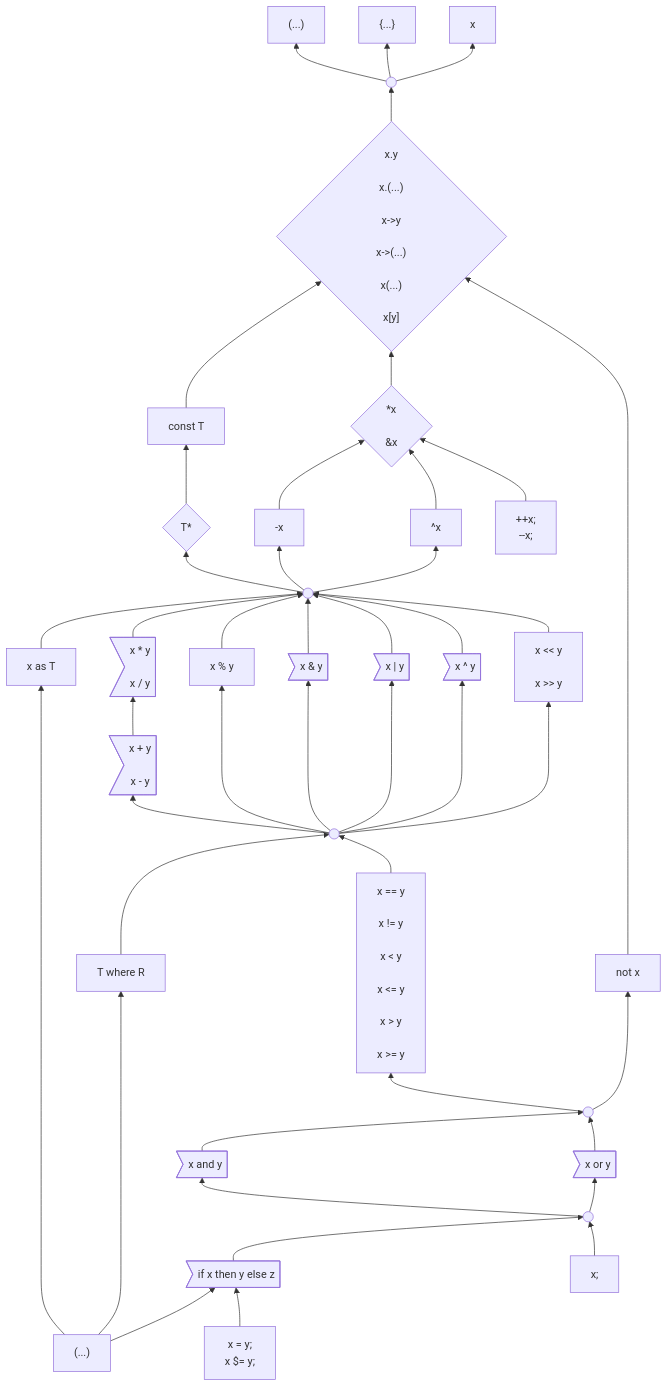
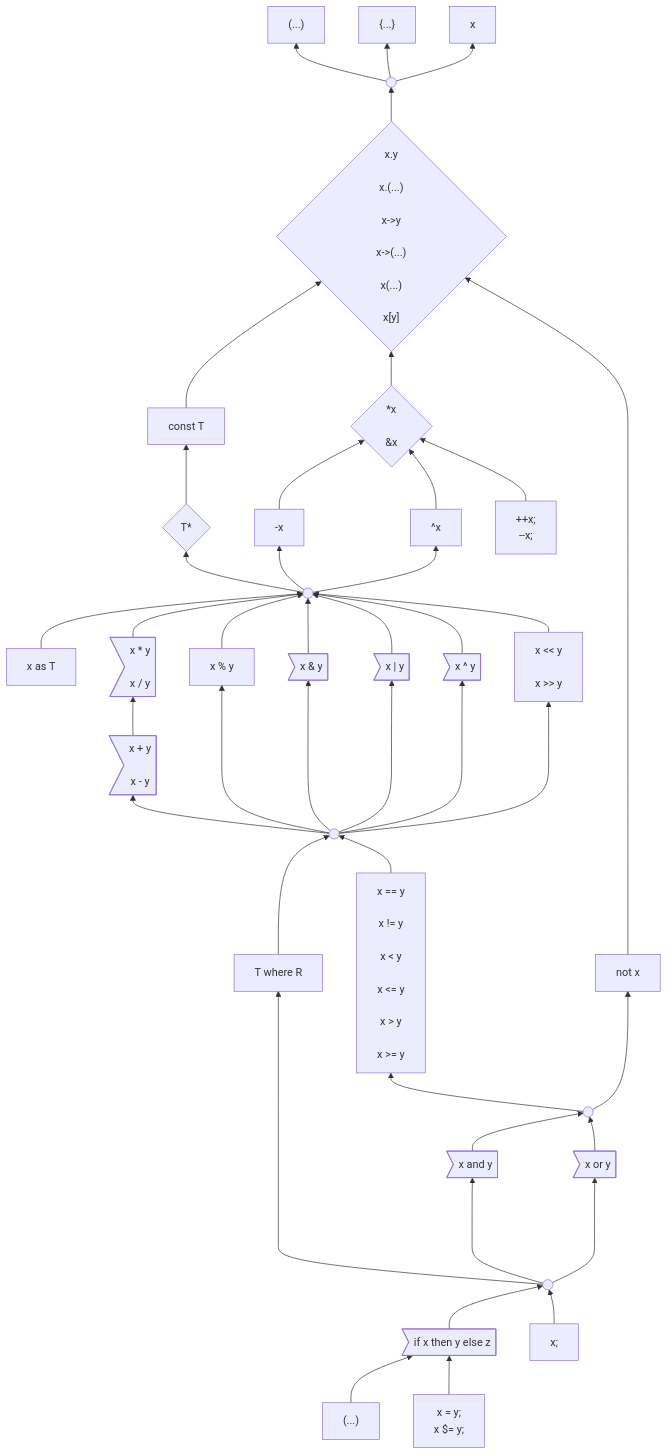
The first of 3 diagrams in docs/design/expressions/README.md (carbon-language/carbon-lang), drawn with Mermaid before and after one commit.

Commit message:
Checkpoint progress.

```diff
--- a/docs/design/expressions/README.md
+++ b/docs/design/expressions/README.md
@@ -176,10 +176,10 @@
     %% comparison ----> as
     logicalOperand --> comparison & not
     and & or --> logicalOperand
+    %% logicalExpression ---------> as
+    logicalExpression ------> where
     logicalExpression --> and & or
     if & expressionStatement --> logicalExpression
-    insideParens ---------> as
-    insideParens ------> where
     insideParens & assignment --> if
     %% Try and improve layout
     %% comparison ~~~ not
```
